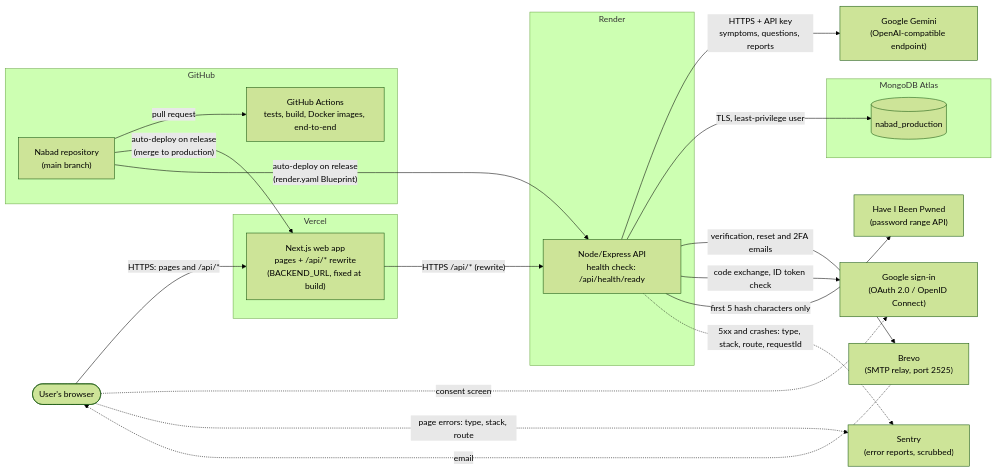
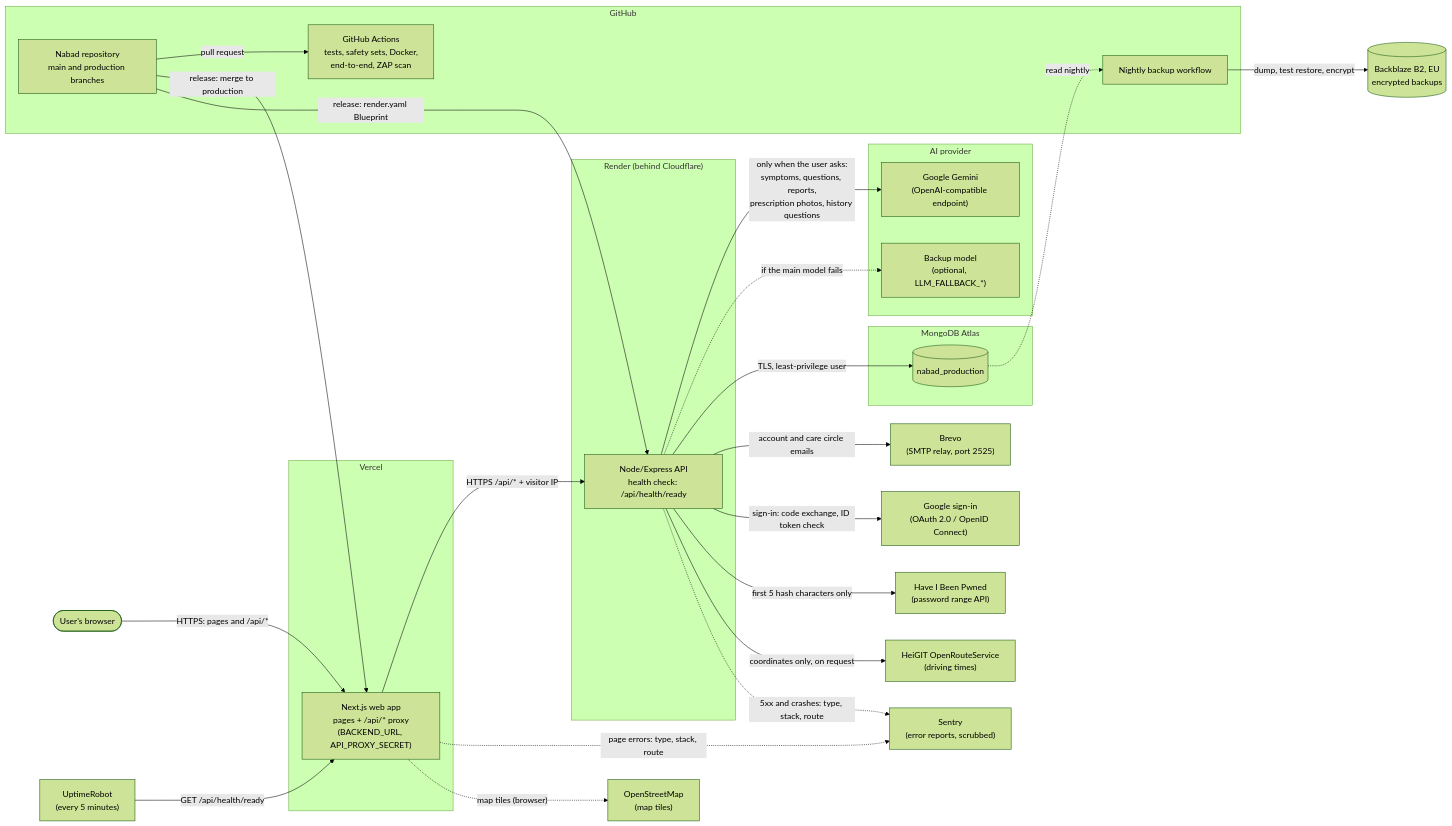
One commit to Nabad-team/Nabad changed the first of 3 diagrams in docs/architecture.md. Above: the diagram before and after it, drawn with Mermaid (forest theme). The commit also changed other lines of this file and 3 other files, not shown here.

First line of the commit message:
Bring the README and architecture diagram up to date (SCRUM-352)

````diff
--- a/docs/architecture.md
+++ b/docs/architecture.md
@@ -18,44 +18,56 @@
 ```mermaid
 flowchart LR
     user(["User's browser"])
+    uptime["UptimeRobot<br/>(every 5 minutes)"]
 
     subgraph vercel["Vercel"]
-        next["Next.js web app<br/>pages + /api/* rewrite<br/>(BACKEND_URL, fixed at build)"]
+        next["Next.js web app<br/>pages + /api/* proxy<br/>(BACKEND_URL, API_PROXY_SECRET)"]
     end
 
-    subgraph render["Render"]
+    subgraph render["Render (behind Cloudflare)"]
         api["Node/Express API<br/>health check: /api/health/ready"]
     end
 
-    gemini["Google Gemini<br/>(OpenAI-compatible endpoint)"]
+    subgraph ai["AI provider"]
+        gemini["Google Gemini<br/>(OpenAI-compatible endpoint)"]
+        backup["Backup model<br/>(optional, LLM_FALLBACK_*)"]
+    end
 
     subgraph atlas["MongoDB Atlas"]
         db[("nabad_production")]
     end
 
     brevo["Brevo<br/>(SMTP relay, port 2525)"]
     google["Google sign-in<br/>(OAuth 2.0 / OpenID Connect)"]
     hibp["Have I Been Pwned<br/>(password range API)"]
+    ors["HeiGIT OpenRouteService<br/>(driving times)"]
     sentry["Sentry<br/>(error reports, scrubbed)"]
+    osm["OpenStreetMap<br/>(map tiles)"]
 
     subgraph github["GitHub"]
-        repo["Nabad repository<br/>(main branch)"]
-        ci["GitHub Actions<br/>tests, build, Docker images, end-to-end"]
+        repo["Nabad repository<br/>main and production branches"]
+        ci["GitHub Actions<br/>tests, safety sets, Docker,<br/>end-to-end, ZAP scan"]
+        backupjob["Nightly backup workflow"]
     end
+    b2[("Backblaze B2, EU<br/>encrypted backups")]
 
     user -- "HTTPS: pages and /api/*" --> next
-    next -- "HTTPS /api/* (rewrite)" --> api
-    api -- "HTTPS + API key<br/>symptoms, questions, reports" --> gemini
+    uptime -- "GET /api/health/ready" --> next
+    next -- "HTTPS /api/* + visitor IP" --> api
+    api -- "only when the user asks:<br/>symptoms, questions, reports,<br/>prescription photos, history questions" --> gemini
+    api -. "if the main model fails" .-> backup
     api -- "TLS, least-privilege user" --> db
-    api -- "verification, reset and 2FA emails" --> brevo
-    brevo -. "email" .-> user
-    user -. "consent screen" .-> google
-    api -- "code exchange, ID token check" --> google
+    api -- "account and care circle emails" --> brevo
+    api -- "sign-in: code exchange, ID token check" --> google
     api -- "first 5 hash characters only" --> hibp
-    api -. "5xx and crashes: type, stack, route, requestId" .-> sentry
-    user -. "page errors: type, stack, route" .-> sentry
+    api -- "coordinates only, on request" --> ors
+    api -. "5xx and crashes: type, stack, route" .-> sentry
+    next -. "page errors: type, stack, route" .-> sentry
+    next -. "map tiles (browser)" .-> osm
 
     repo -- "pull request" --> ci
-    repo -- "auto-deploy on release<br/>(merge to production)" --> next
-    repo -- "auto-deploy on release<br/>(render.yaml Blueprint)" --> api
+    repo -- "release: merge to production" --> next
+    repo -- "release: render.yaml Blueprint" --> api
+    backupjob -- "dump, test restore, encrypt" --> b2
+    db -. "read nightly" .-> backupjob
 ```
````
